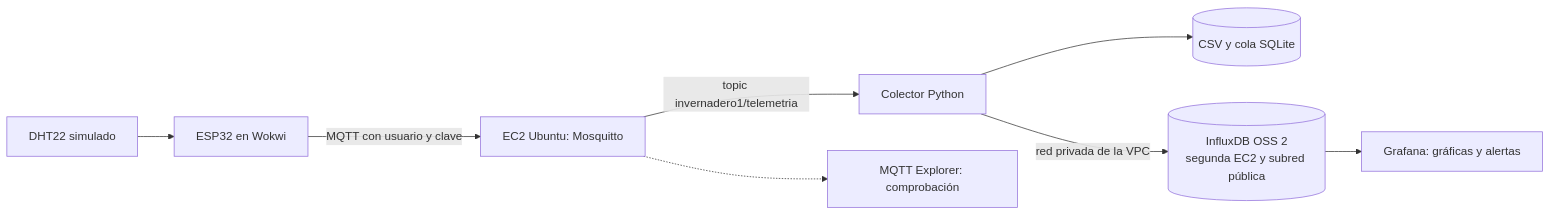
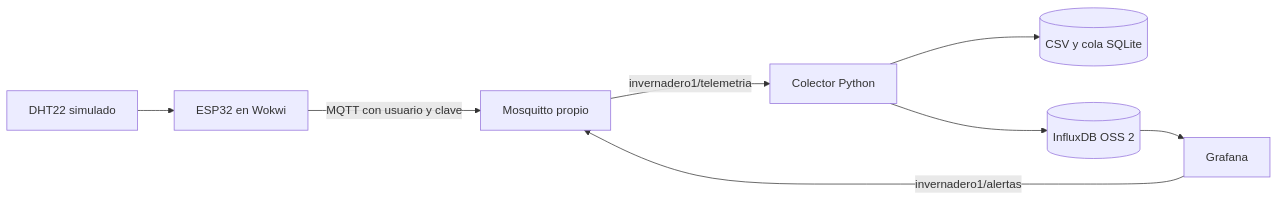
Before and after one commit to nathernandez1189/savia-iot: the diagram in practica2/README.md, drawn with Mermaid. The commit also changed other lines of this file and 9 other files, not shown here.

````diff
--- a/practica2/README.md
+++ b/practica2/README.md
@@ -9,10 +17,10 @@
 ```mermaid
 flowchart LR
     A[DHT22 simulado] --> B[ESP32 en Wokwi]
-    B -->|MQTT con usuario y clave| C[EC2 Ubuntu: Mosquitto]
-    C -->|topic invernadero1/telemetria| D[Colector Python]
+    B -->|MQTT con usuario y clave| C[Mosquitto propio]
+    C -->|invernadero1/telemetria| D[Colector Python]
     D --> E[(CSV y cola SQLite)]
-    D -->|red privada de la VPC| F[(InfluxDB OSS 2<br/>segunda EC2 y subred pública)]
-    F --> G[Grafana: gráficas y alertas]
-    C -.-> H[MQTT Explorer: comprobación]
+    D --> F[(InfluxDB OSS 2)]
+    F --> G[Grafana]
+    G -->|invernadero1/alertas| C
 ```
````
